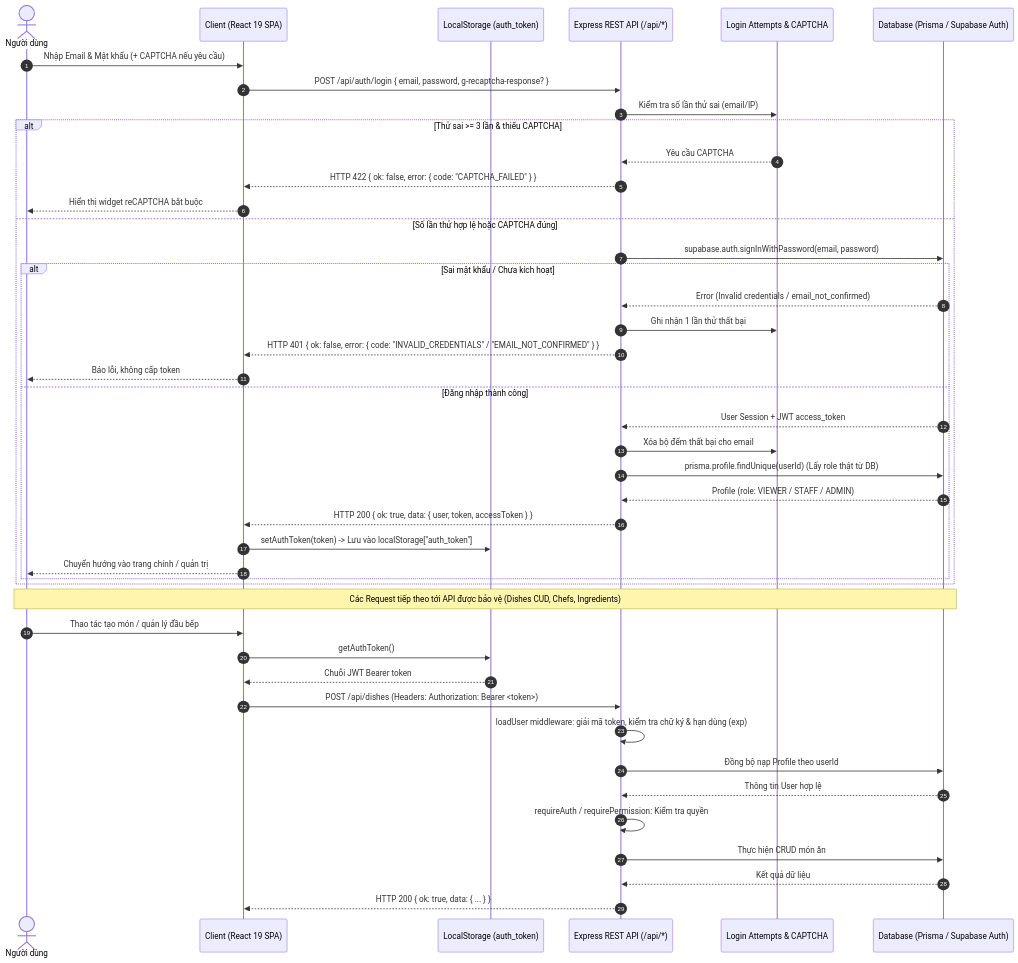
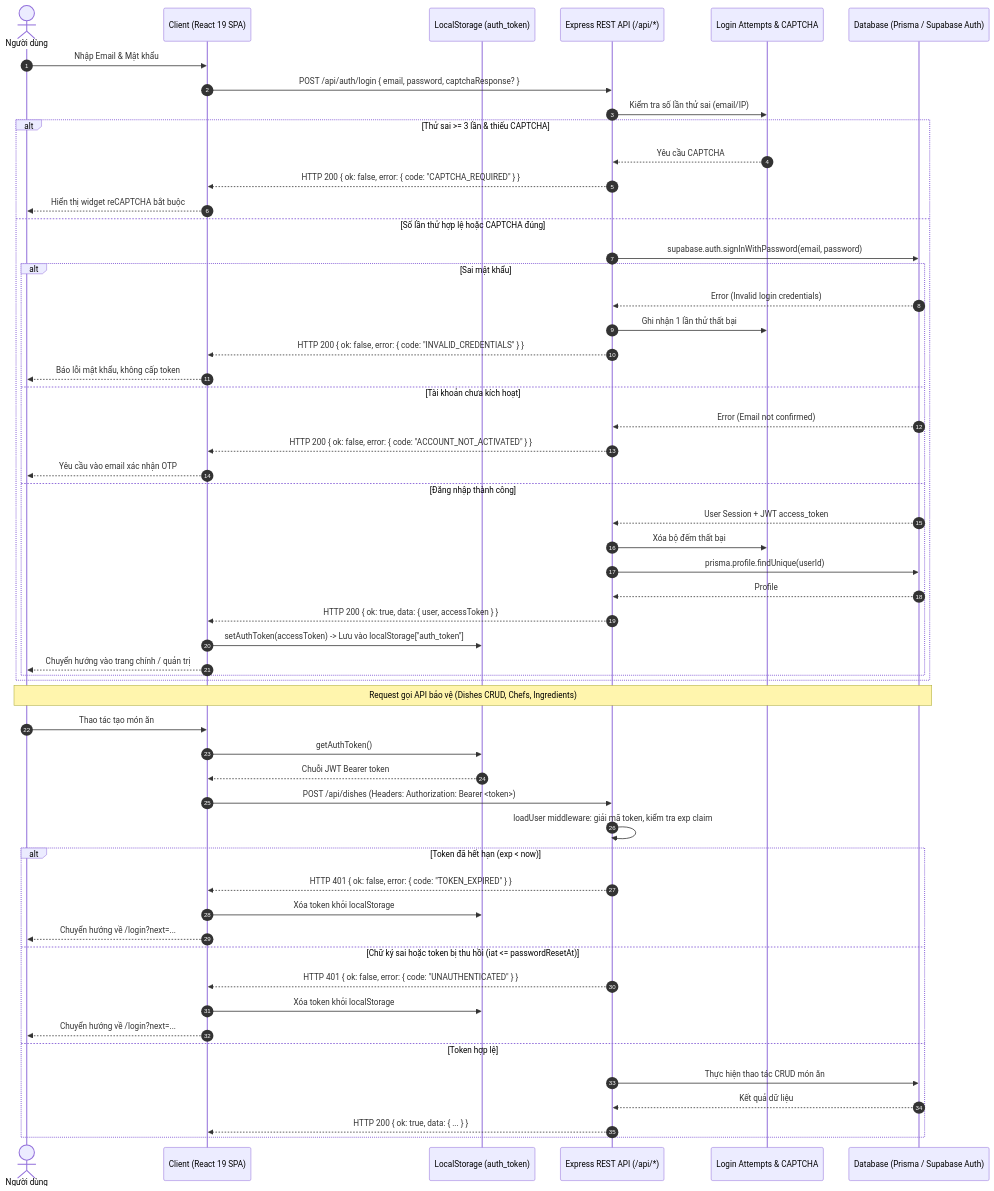
One commit to AndyKhang404/team13-restaurant changed the diagram in reports/block9/block9_submission_report.md. Above: the diagram before and after it, drawn with Mermaid. The commit also changed other lines of this file and 20 other files, not shown here.

Commit message:
fix(auth): align API error contracts, token lifecycle, and web handling with block 9 deck

````diff
--- a/reports/block9/block9_submission_report.md
+++ b/reports/block9/block9_submission_report.md
@@ -49,49 +59,60 @@
 ```mermaid
 sequenceDiagram
     autonumber
     actor User as Người dùng
     participant SPA as Client (React 19 SPA)
     participant Storage as LocalStorage (auth_token)
     participant API as Express REST API (/api/*)
     participant Attempt as Login Attempts & CAPTCHA
     participant DB as Database (Prisma / Supabase Auth)
 
-    User->>SPA: Nhập Email & Mật khẩu (+ CAPTCHA nếu yêu cầu)
-    SPA->>API: POST /api/auth/login { email, password, g-recaptcha-response? }
+    User->>SPA: Nhập Email & Mật khẩu
+    SPA->>API: POST /api/auth/login { email, password, captchaResponse? }
     
     API->>Attempt: Kiểm tra số lần thử sai (email/IP)
     alt Thử sai >= 3 lần & thiếu CAPTCHA
         Attempt-->>API: Yêu cầu CAPTCHA
-        API-->>SPA: HTTP 422 { ok: false, error: { code: "CAPTCHA_FAILED" } }
+        API-->>SPA: HTTP 200 { ok: false, error: { code: "CAPTCHA_REQUIRED" } }
         SPA-->>User: Hiển thị widget reCAPTCHA bắt buộc
     else Số lần thử hợp lệ hoặc CAPTCHA đúng
         API->>DB: supabase.auth.signInWithPassword(email, password)
-        alt Sai mật khẩu / Chưa kích hoạt
-            DB-->>API: Error (Invalid credentials / email_not_confirmed)
+        alt Sai mật khẩu
+            DB-->>API: Error (Invalid login credentials)
             API->>Attempt: Ghi nhận 1 lần thử thất bại
-            API-->>SPA: HTTP 401 { ok: false, error: { code: "INVALID_CREDENTIALS" / "EMAIL_NOT_CONFIRMED" } }
-            SPA-->>User: Báo lỗi, không cấp token
+            API-->>SPA: HTTP 200 { ok: false, error: { code: "INVALID_CREDENTIALS" } }
+            SPA-->>User: Báo lỗi mật khẩu, không cấp token
+        else Tài khoản chưa kích hoạt
+            DB-->>API: Error (Email not confirmed)
+            API-->>SPA: HTTP 200 { ok: false, error: { code: "ACCOUNT_NOT_ACTIVATED" } }
+            SPA-->>User: Yêu cầu vào email xác nhận OTP
         else Đăng nhập thành công
             DB-->>API: User Session + JWT access_token
-            API->>Attempt: Xóa bộ đếm thất bại cho email
-            API->>DB: prisma.profile.findUnique(userId) (Lấy role thật từ DB)
-            DB-->>API: Profile (role: VIEWER / STAFF / ADMIN)
-            API-->>SPA: HTTP 200 { ok: true, data: { user, token, accessToken } }
-            SPA->>Storage: setAuthToken(token) -> Lưu vào localStorage["auth_token"]
+            API->>Attempt: Xóa bộ đếm thất bại
+            API->>DB: prisma.profile.findUnique(userId)
+            DB-->>API: Profile
+            API-->>SPA: HTTP 200 { ok: true, data: { user, accessToken } }
+            SPA->>Storage: setAuthToken(accessToken) -> Lưu vào localStorage["auth_token"]
             SPA-->>User: Chuyển hướng vào trang chính / quản trị
         end
     end
 
-    Note over User,DB: Các Request tiếp theo tới API được bảo vệ (Dishes CUD, Chefs, Ingredients)
-    User->>SPA: Thao tác tạo món / quản lý đầu bếp
+    Note over User,DB: Request gọi API bảo vệ (Dishes CRUD, Chefs, Ingredients)
+    User->>SPA: Thao tác tạo món ăn
     SPA->>Storage: getAuthToken()
     Storage-->>SPA: Chuỗi JWT Bearer token
     SPA->>API: POST /api/dishes (Headers: Authorization: Bearer <token>)
-    API->>API: loadUser middleware: giải mã token, kiểm tra chữ ký & hạn dùng (exp)
-    API->>DB: Đồng bộ nạp Profile theo userId
-    DB-->>API: Thông tin User hợp lệ
-    API->>API: requireAuth / requirePermission: Kiểm tra quyền
-    API->>DB: Thực hiện CRUD món ăn
-    DB-->>API: Kết quả dữ liệu
-    API-->>SPA: HTTP 200 { ok: true, data: { ... } }
+    API->>API: loadUser middleware: giải mã token, kiểm tra exp claim
+    alt Token đã hết hạn (exp < now)
+        API-->>SPA: HTTP 401 { ok: false, error: { code: "TOKEN_EXPIRED" } }
+        SPA->>Storage: Xóa token khỏi localStorage
+        SPA-->>User: Chuyển hướng về /login?next=...
+    else Chữ ký sai hoặc token bị thu hồi (iat <= passwordResetAt)
+        API-->>SPA: HTTP 401 { ok: false, error: { code: "UNAUTHENTICATED" } }
+        SPA->>Storage: Xóa token khỏi localStorage
+        SPA-->>User: Chuyển hướng về /login?next=...
+    else Token hợp lệ
+        API->>DB: Thực hiện thao tác CRUD món ăn
+        DB-->>API: Kết quả dữ liệu
+        API-->>SPA: HTTP 200 { ok: true, data: { ... } }
+    end
 ```
````
